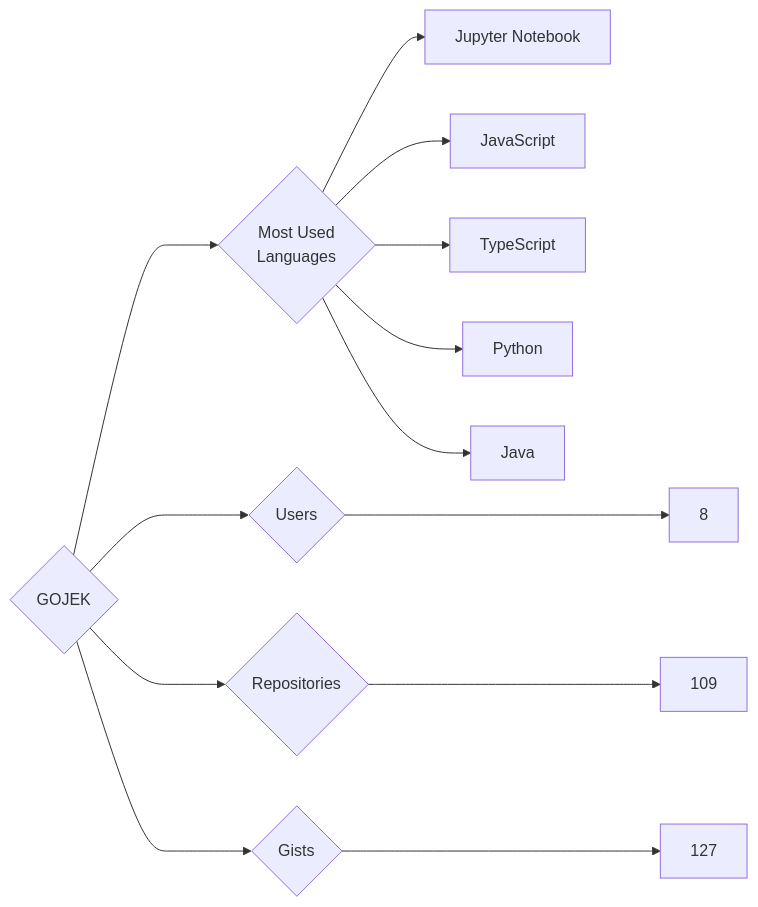
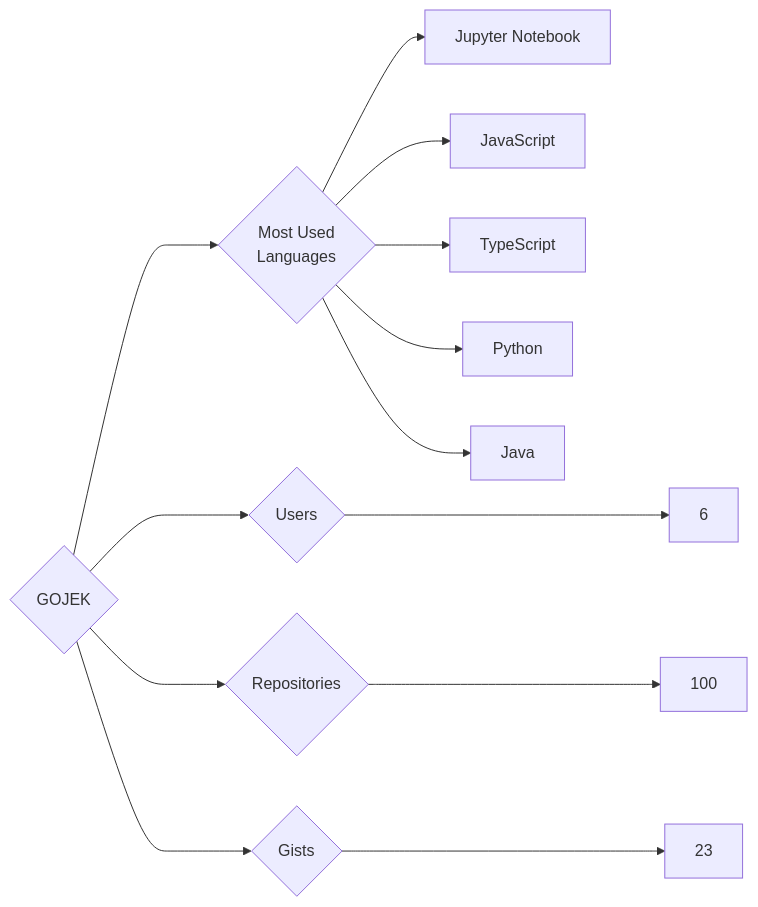
One commit to trickest/insiders changed the diagram in targets/GOJEK/README.md. Above: the diagram before and after it, drawn with Mermaid. The commit also changed 993 other files, not shown here.

````diff
--- a/targets/GOJEK/README.md
+++ b/targets/GOJEK/README.md
@@ -3,13 +3,13 @@
 ```mermaid
 graph LR
 COMPANY_NAME{GOJEK}
-COMPANY_NAME ---> U{Users} ---> UN[8]
-COMPANY_NAME ---> R{Repositories} ---> RN[109]
-COMPANY_NAME ---> G{Gists} ---> GN[127]
+COMPANY_NAME ---> U{Users} ---> UN[6]
+COMPANY_NAME ---> R{Repositories} ---> RN[100]
+COMPANY_NAME ---> G{Gists} ---> GN[23]
 COMPANY_NAME ---> ML{Most Used<br>Languages}
 ML --> Jupyter_Notebook[Jupyter Notebook]
 ML --> JavaScript[JavaScript]
 ML --> TypeScript[TypeScript]
 ML --> Python[Python]
 ML --> Java[Java]
 ```
````
